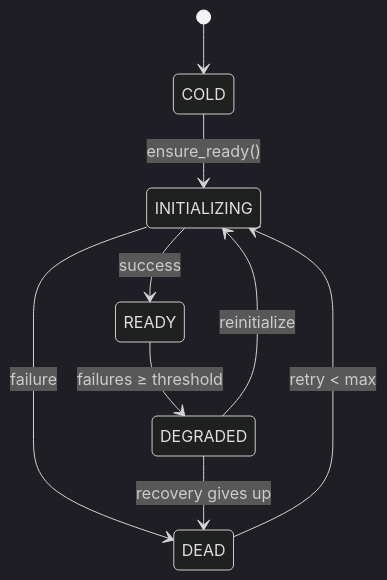
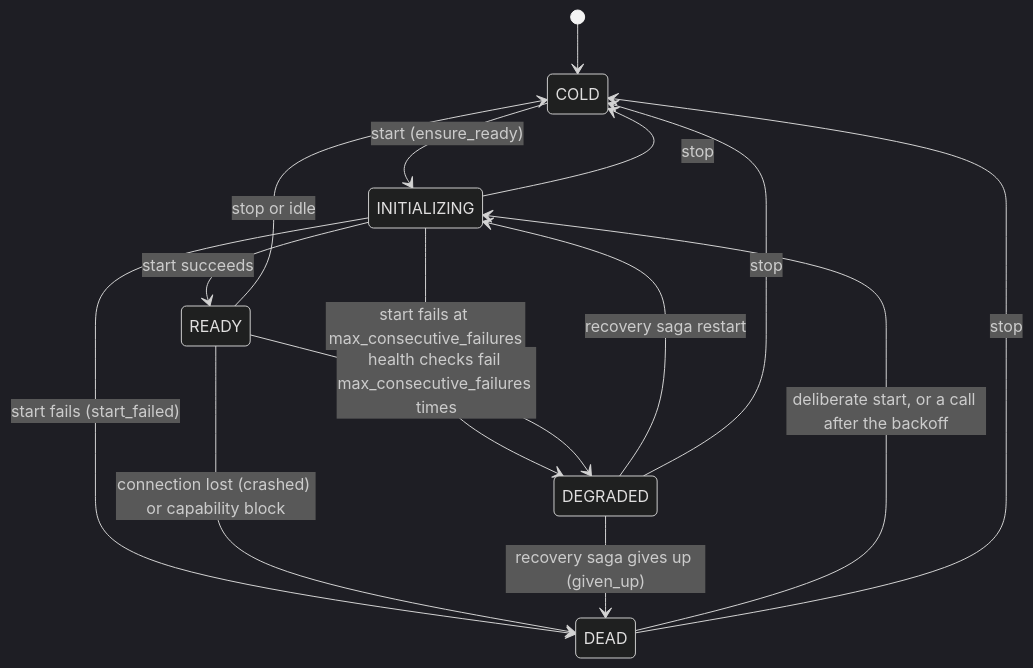
Before and after one commit to mcp-hangar/docs: the second of 2 diagrams in architecture/OVERVIEW.md, drawn with Mermaid (dark theme). The commit also changed other lines of this file and 7 other files, not shown here.

````diff
--- a/architecture/OVERVIEW.md
+++ b/architecture/OVERVIEW.md
@@ -264,11 +264,17 @@
 ```mermaid
 stateDiagram-v2
     [*] --> COLD
-    COLD --> INITIALIZING: ensure_ready()
-    INITIALIZING --> READY: success
-    INITIALIZING --> DEAD: failure
-    READY --> DEGRADED: failures ≥ threshold
-    DEGRADED --> INITIALIZING: reinitialize
-    DEGRADED --> DEAD: recovery gives up
-    DEAD --> INITIALIZING: retry < max
+    COLD --> INITIALIZING: start (ensure_ready)
+    INITIALIZING --> READY: start succeeds
+    INITIALIZING --> DEAD: start fails (start_failed)
+    INITIALIZING --> DEGRADED: start fails at max_consecutive_failures
+    READY --> DEGRADED: health checks fail max_consecutive_failures times
+    READY --> DEAD: connection lost (crashed) or capability block
+    READY --> COLD: stop or idle
+    DEGRADED --> INITIALIZING: recovery saga restart
+    DEGRADED --> DEAD: recovery saga gives up (given_up)
+    DEAD --> INITIALIZING: deliberate start, or a call after the backoff
+    INITIALIZING --> COLD: stop
+    DEGRADED --> COLD: stop
+    DEAD --> COLD: stop
 ```
````
